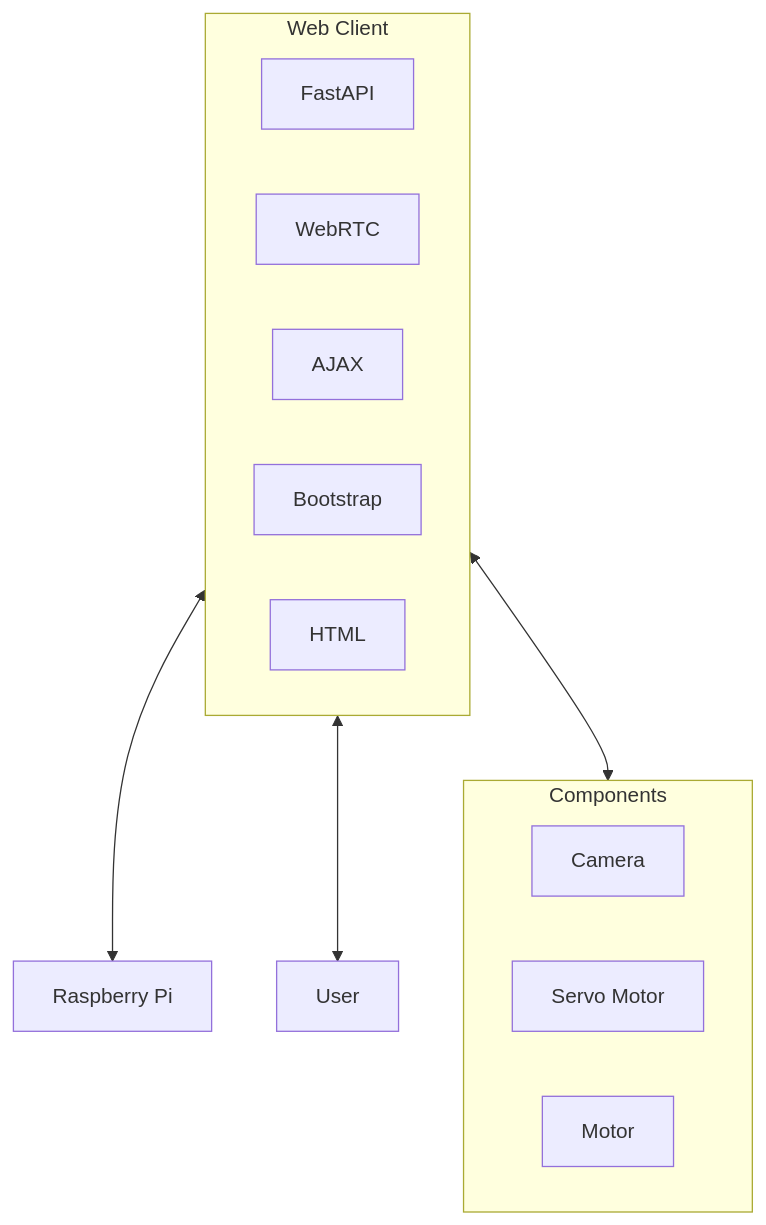
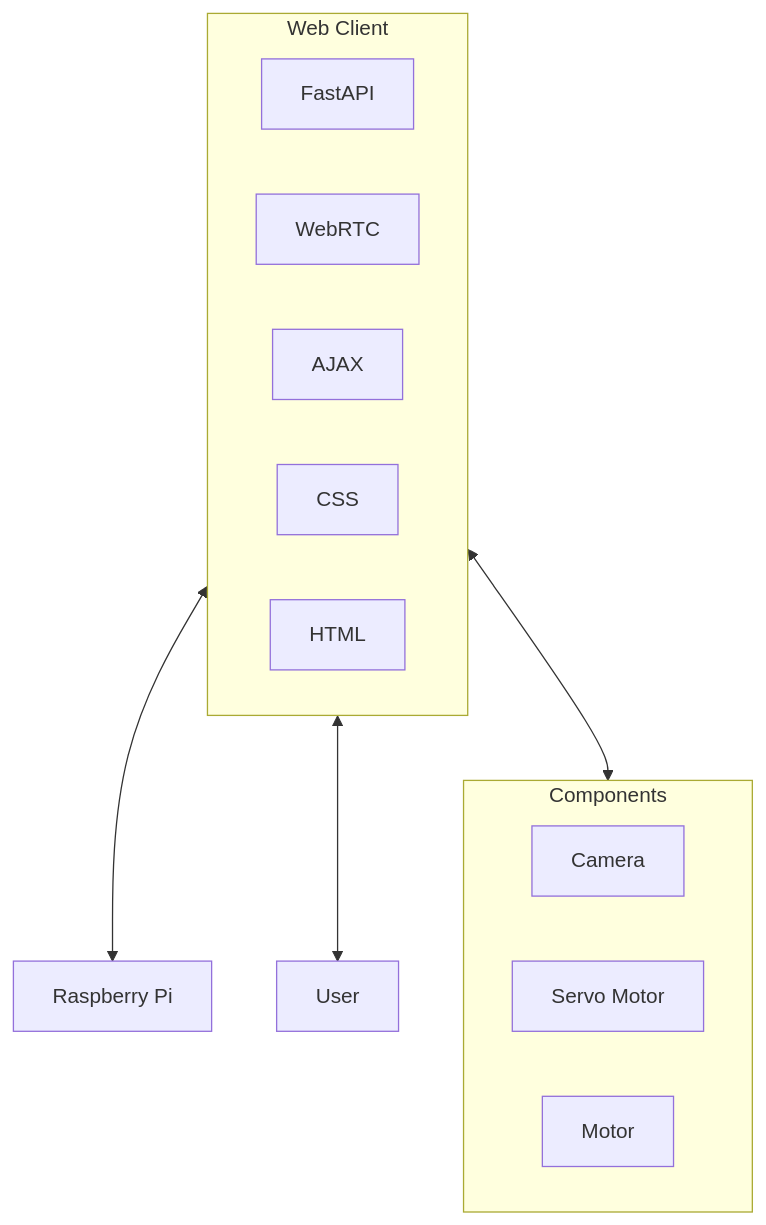
One commit to tzhenyu/nautilus-controller changed the diagram in readme.md. Above: the diagram before and after it, drawn with Mermaid. The commit also changed other lines of this file, not shown here.

````diff
--- a/readme.md
+++ b/readme.md
@@ -29,26 +49,26 @@
 ```mermaid
 flowchart TD
  subgraph s1["Web Client"]
         n7["FastAPI"]
         n2["WebRTC"]
         n4["AJAX"]
-        n12["Bootstrap"]
+        n12["CSS"]
         n11["HTML"]
   end
  subgraph s2["Components"]
         n3["Camera"]
         n5["Servo Motor"]
         n6["Motor"]
   end
     s1 <--> n10["Raspberry Pi"] & n9["User"] & s2
     n7@{ shape: rect}
     n2@{ shape: rect}
     n4@{ shape: rect}
     n12@{ shape: rect}
     n11@{ shape: rect}
     n3@{ shape: rect}
     n5@{ shape: rect}
     n6@{ shape: rect}
     n9@{ shape: rect}
 
 ```
````
